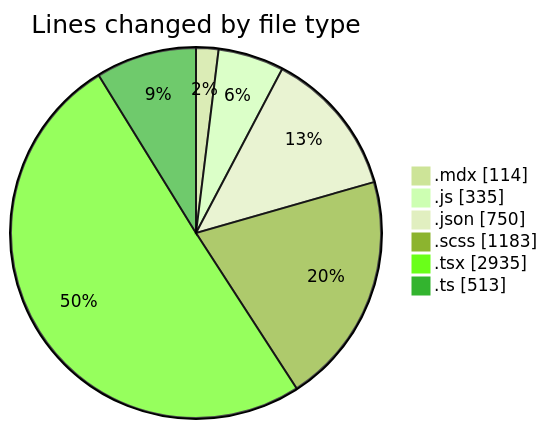
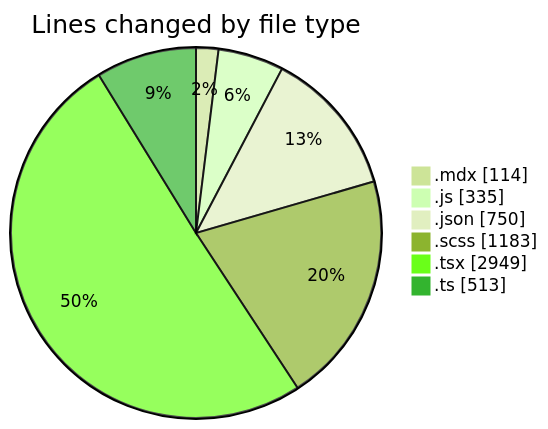
The first of 2 diagrams in 2026-08-13/cda/README.md (momahboobian/code-tracking), drawn with Mermaid (forest theme) before and after one commit. The commit also changed other lines of this file and 1 other file, not shown here.

````diff
--- a/2026-08-13/cda/README.md
+++ b/2026-08-13/cda/README.md
@@ -46,10 +46,10 @@
 ```mermaid
 pie showData
 title Lines changed by file type
 ".mdx" : 114
 ".js" : 335
 ".json" : 750
 ".scss" : 1183
-".tsx" : 2935
+".tsx" : 2949
 ".ts" : 513
 ```
````
